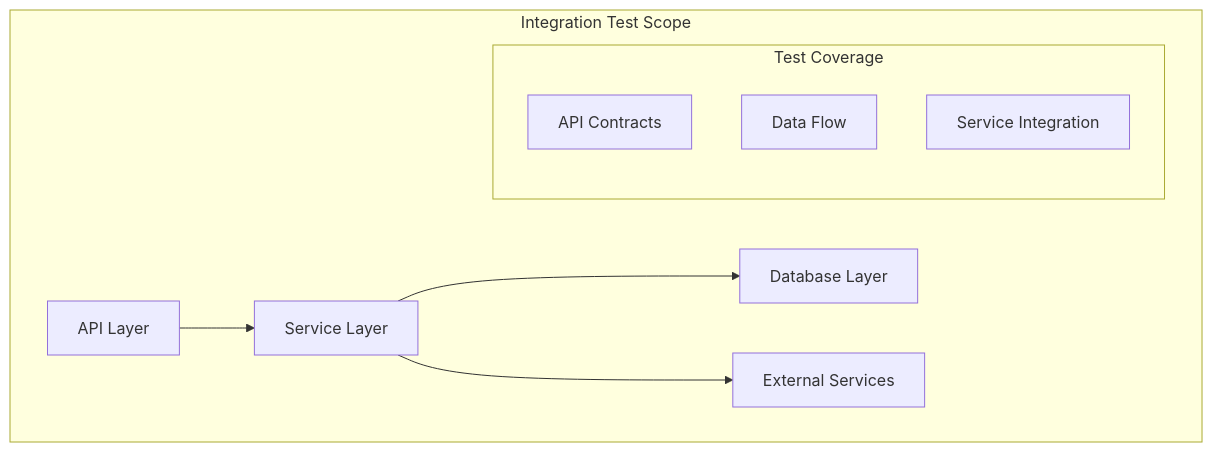
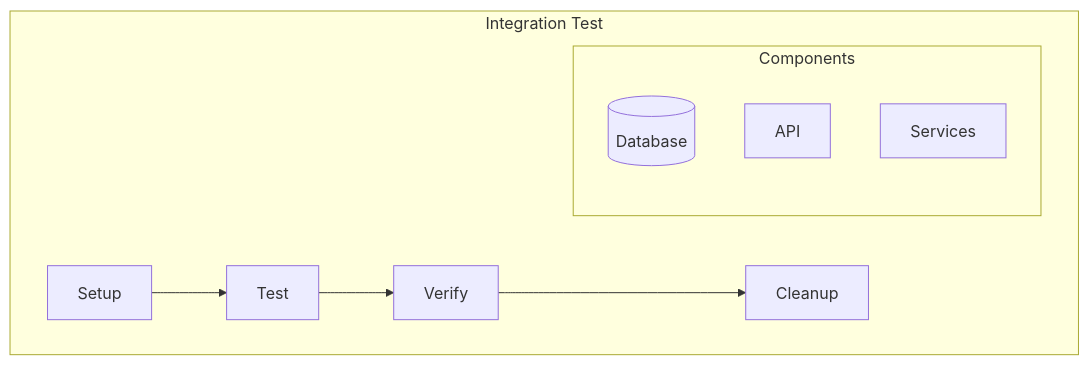
Before and after one commit to saravanakumarrc/Architecture_Journey: the second of 5 diagrams in src/Testing_Best_Practices.md, drawn with Mermaid. The commit also changed other lines of this file and 4 other files, not shown here.

First line of the commit message:
Refactor Serverless Architecture Patterns and Testing Best Practices documentation

````diff
--- a/src/Testing_Best_Practices.md
+++ b/src/Testing_Best_Practices.md
@@ -126,14 +68,14 @@
 ```mermaid
-flowchart TB
-    subgraph "Integration Test Scope"
-        API[API Layer] --> Service[Service Layer]
-        Service --> DB[Database Layer]
-        Service --> External[External Services]
+graph TB
+    subgraph "Integration Test"
+        S[Setup] --> T[Test]
+        T --> V[Verify]
+        V --> C[Cleanup]
         
-        subgraph "Test Coverage"
-            TC1[API Contracts]
-            TC2[Data Flow]
-            TC3[Service Integration]
+        subgraph "Components"
+            DB[(Database)]
+            API[API]
+            SVC[Services]
         end
     end
 ```
````
